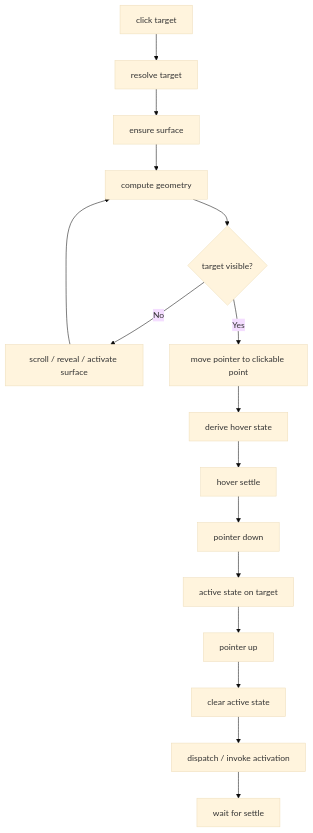
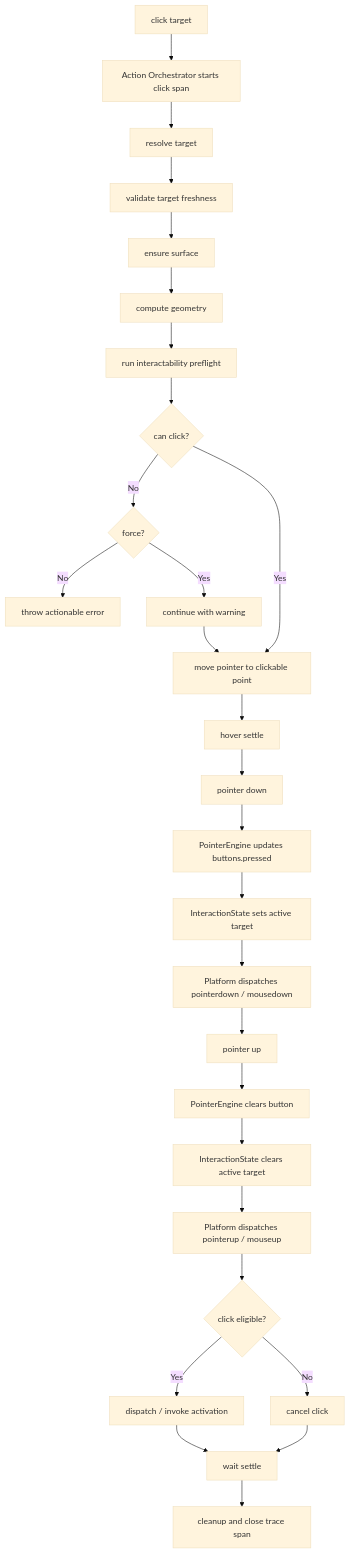
Before and after one commit to syi0808/actorble: the fourth of 4 diagrams in docs/high-level-architecture.md, drawn with Mermaid (base theme). The commit also changed other lines of this file and 1 other file, not shown here.

Commit message:
update architecture draft docs

````diff
--- a/docs/high-level-architecture.md
+++ b/docs/high-level-architecture.md
@@ -479,21 +1278,36 @@
 ```mermaid
 flowchart TD
-    A[click target] --> B[resolve target]
-    B --> C[ensure surface]
-    C --> D[compute geometry]
-    D --> E{target visible?}
+    A[click target] --> B[Action Orchestrator starts click span]
+    B --> C[resolve target]
+    C --> D[validate target freshness]
+    D --> E[ensure surface]
+    E --> F[compute geometry]
+    F --> G[run interactability preflight]
 
-    E -->|No| F[scroll / reveal / activate surface]
-    F --> D
+    G --> H{can click?}
+    H -->|No| I{force?}
+    I -->|No| J[throw actionable error]
+    I -->|Yes| K[continue with warning]
 
-    E -->|Yes| G[move pointer to clickable point]
-    G --> H[derive hover state]
-    H --> I[hover settle]
+    H -->|Yes| L[move pointer to clickable point]
+    K --> L
 
-    I --> J[pointer down]
-    J --> K[active state on target]
-    K --> L[pointer up]
-    L --> M[clear active state]
-    M --> N[dispatch / invoke activation]
-    N --> O[wait for settle]
+    L --> M[hover settle]
+    M --> N[pointer down]
+    N --> O[PointerEngine updates buttons.pressed]
+    O --> P[InteractionState sets active target]
+    P --> Q[Platform dispatches pointerdown / mousedown]
+
+    Q --> R[pointer up]
+    R --> S[PointerEngine clears button]
+    S --> T[InteractionState clears active target]
+    T --> U[Platform dispatches pointerup / mouseup]
+
+    U --> V{click eligible?}
+    V -->|Yes| W[dispatch / invoke activation]
+    V -->|No| X[cancel click]
+
+    W --> Y[wait settle]
+    X --> Y
+    Y --> Z[cleanup and close trace span]
 ```
````
